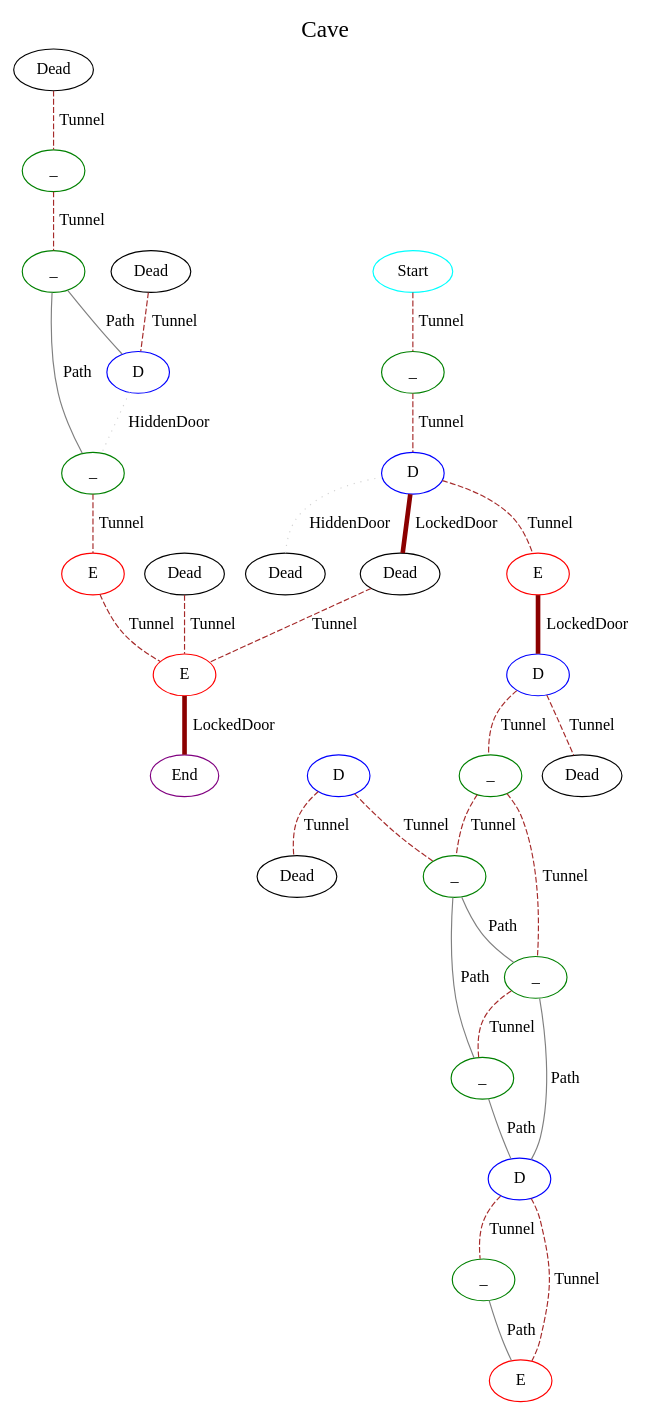
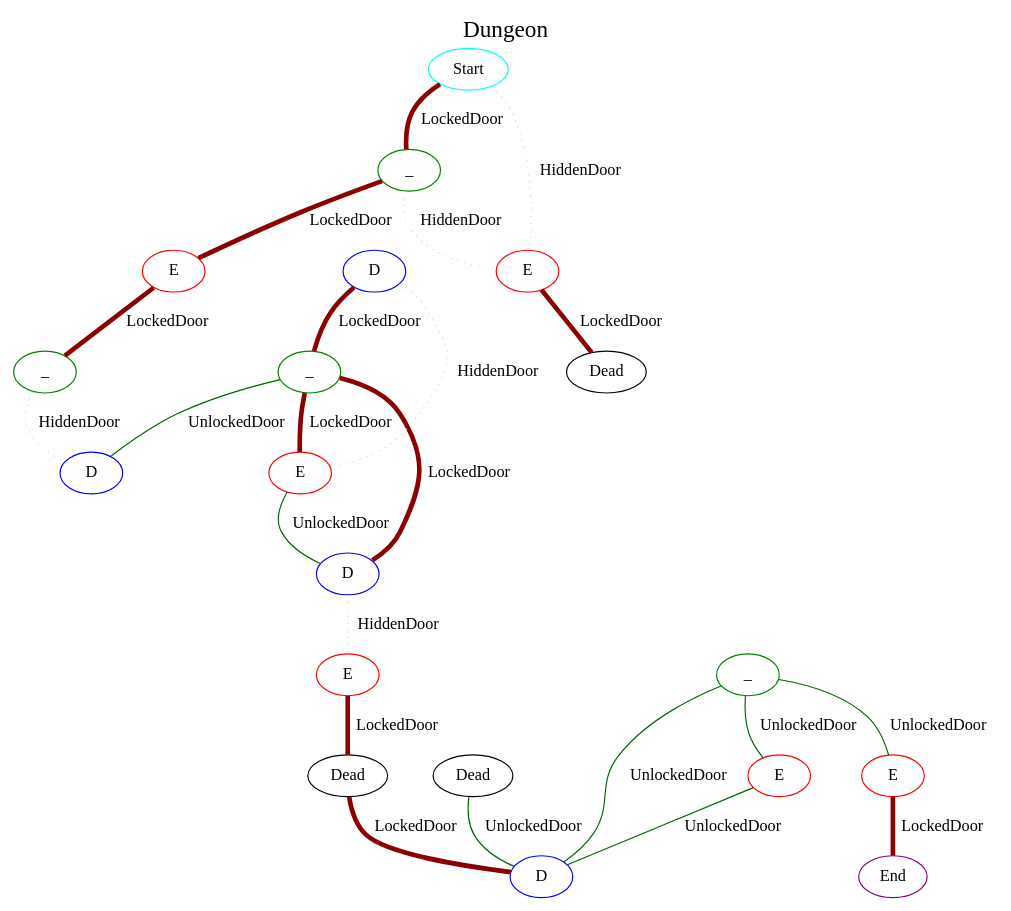
The diagram in graph.dot (kelceydamage/go-rogue), drawn with Graphviz before and after one commit. The commit also changed 16 other files, not shown here.

```diff
--- a/graph.dot
+++ b/graph.dot
@@ -1,63 +1,46 @@
 graph G {
-  label="Cave";
+  label="Dungeon";
   labelloc="t";
   fontsize="20";
-  2 [label="D", color="blue"];
-  3 [label="Dead", color="black"];
-  6 [label="Dead", color="black"];
-  7 [label="D", color="blue"];
-  9 [label="D", color="blue"];
-  11 [label="_", color="green"];
-  15 [label="Dead", color="black"];
-  16 [label="_", color="green"];
+  5 [label="_", color="green"];
+  8 [label="D", color="blue"];
+  13 [label="Dead", color="black"];
+  1 [label="_", color="green"];
+  3 [label="E", color="red"];
+  7 [label="_", color="green"];
+  9 [label="E", color="red"];
+  14 [label="_", color="green"];
+  4 [label="Dead", color="black"];
+  6 [label="D", color="blue"];
+  16 [label="D", color="blue"];
+  17 [label="E", color="red"];
+  18 [label="End", color="purple"];
+  2 [label="E", color="red"];
+  10 [label="D", color="blue"];
+  11 [label="E", color="red"];
+  12 [label="Dead", color="black"];
+  15 [label="E", color="red"];
   0 [label="Start", color="cyan"];
-  4 [label="Dead", color="black"];
-  8 [label="Dead", color="black"];
-  10 [label="_", color="green"];
-  13 [label="_", color="green"];
-  17 [label="E", color="red"];
-  18 [label="_", color="green"];
-  20 [label="_", color="green"];
-  5 [label="E", color="red"];
-  12 [label="_", color="green"];
-  14 [label="D", color="blue"];
-  19 [label="Dead", color="black"];
-  21 [label="Dead", color="black"];
-  24 [label="E", color="red"];
-  25 [label="E", color="red"];
-  26 [label="End", color="purple"];
-  1 [label="_", color="green"];
-  22 [label="D", color="blue"];
-  23 [label="_", color="green"];
-  1 -- 2 [label="Tunnel", color="brown", style="dashed", penwidth="1"];
-  22 -- 23 [label="HiddenDoor", color="lightgray", style="dotted", penwidth="1"];
-  23 -- 24 [label="Tunnel", color="brown", style="dashed", penwidth="1"];
-  2 -- 4 [label="HiddenDoor", color="lightgray", style="dotted", penwidth="1"];
-  2 -- 5 [label="Tunnel", color="brown", style="dashed", penwidth="1"];
-  2 -- 3 [label="LockedDoor", color="darkred", style="bold", penwidth="4"];
-  3 -- 25 [label="Tunnel", color="brown", style="dashed", penwidth="1"];
-  6 -- 25 [label="Tunnel", color="brown", style="dashed", penwidth="1"];
-  7 -- 8 [label="Tunnel", color="brown", style="dashed", penwidth="1"];
-  7 -- 10 [label="Tunnel", color="brown", style="dashed", penwidth="1"];
-  9 -- 21 [label="Tunnel", color="brown", style="dashed", penwidth="1"];
-  9 -- 11 [label="Tunnel", color="brown", style="dashed", penwidth="1"];
-  11 -- 13 [label="Path", color="gray", style="solid", penwidth="1"];
-  11 -- 12 [label="Path", color="gray", style="solid", penwidth="1"];
-  15 -- 18 [label="Tunnel", color="brown", style="dashed", penwidth="1"];
-  16 -- 17 [label="Path", color="gray", style="solid", penwidth="1"];
-  0 -- 1 [label="Tunnel", color="brown", style="dashed", penwidth="1"];
-  10 -- 12 [label="Tunnel", color="brown", style="dashed", penwidth="1"];
-  10 -- 11 [label="Tunnel", color="brown", style="dashed", penwidth="1"];
-  13 -- 14 [label="Path", color="gray", style="solid", penwidth="1"];
-  18 -- 20 [label="Tunnel", color="brown", style="dashed", penwidth="1"];
-  20 -- 22 [label="Path", color="gray", style="solid", penwidth="1"];
-  20 -- 23 [label="Path", color="gray", style="solid", penwidth="1"];
-  5 -- 7 [label="LockedDoor", color="darkred", style="bold", penwidth="4"];
-  12 -- 14 [label="Path", color="gray", style="solid", penwidth="1"];
-  12 -- 13 [label="Tunnel", color="brown", style="dashed", penwidth="1"];
-  14 -- 16 [label="Tunnel", color="brown", style="dashed", penwidth="1"];
-  14 -- 17 [label="Tunnel", color="brown", style="dashed", penwidth="1"];
-  19 -- 22 [label="Tunnel", color="brown", style="dashed", penwidth="1"];
-  24 -- 25 [label="Tunnel", color="brown", style="dashed", penwidth="1"];
-  25 -- 26 [label="LockedDoor", color="darkred", style="bold", penwidth="4"];
+  14 -- 17 [label="UnlockedDoor", color="darkgreen", style="solid", penwidth="1"];
+  14 -- 16 [label="UnlockedDoor", color="darkgreen", style="solid", penwidth="1"];
+  14 -- 15 [label="UnlockedDoor", color="darkgreen", style="solid", penwidth="1"];
+  6 -- 7 [label="LockedDoor", color="darkred", style="bold", penwidth="4"];
+  6 -- 9 [label="HiddenDoor", color="lightgray", style="dotted", penwidth="1"];
+  17 -- 18 [label="LockedDoor", color="darkred", style="bold", penwidth="4"];
+  2 -- 4 [label="LockedDoor", color="darkred", style="bold", penwidth="4"];
+  10 -- 11 [label="HiddenDoor", color="lightgray", style="dotted", penwidth="1"];
+  11 -- 12 [label="LockedDoor", color="darkred", style="bold", penwidth="4"];
+  12 -- 16 [label="LockedDoor", color="darkred", style="bold", penwidth="4"];
+  15 -- 16 [label="UnlockedDoor", color="darkgreen", style="solid", penwidth="1"];
+  0 -- 2 [label="HiddenDoor", color="lightgray", style="dotted", penwidth="1"];
+  0 -- 1 [label="LockedDoor", color="darkred", style="bold", penwidth="4"];
+  5 -- 8 [label="HiddenDoor", color="lightgray", style="dotted", penwidth="1"];
+  13 -- 16 [label="UnlockedDoor", color="darkgreen", style="solid", penwidth="1"];
+  1 -- 3 [label="LockedDoor", color="darkred", style="bold", penwidth="4"];
+  1 -- 2 [label="HiddenDoor", color="lightgray", style="dotted", penwidth="1"];
+  3 -- 5 [label="LockedDoor", color="darkred", style="bold", penwidth="4"];
+  7 -- 10 [label="LockedDoor", color="darkred", style="bold", penwidth="4"];
+  7 -- 8 [label="UnlockedDoor", color="darkgreen", style="solid", penwidth="1"];
+  7 -- 9 [label="LockedDoor", color="darkred", style="bold", penwidth="4"];
+  9 -- 10 [label="UnlockedDoor", color="darkgreen", style="solid", penwidth="1"];
 }
```
